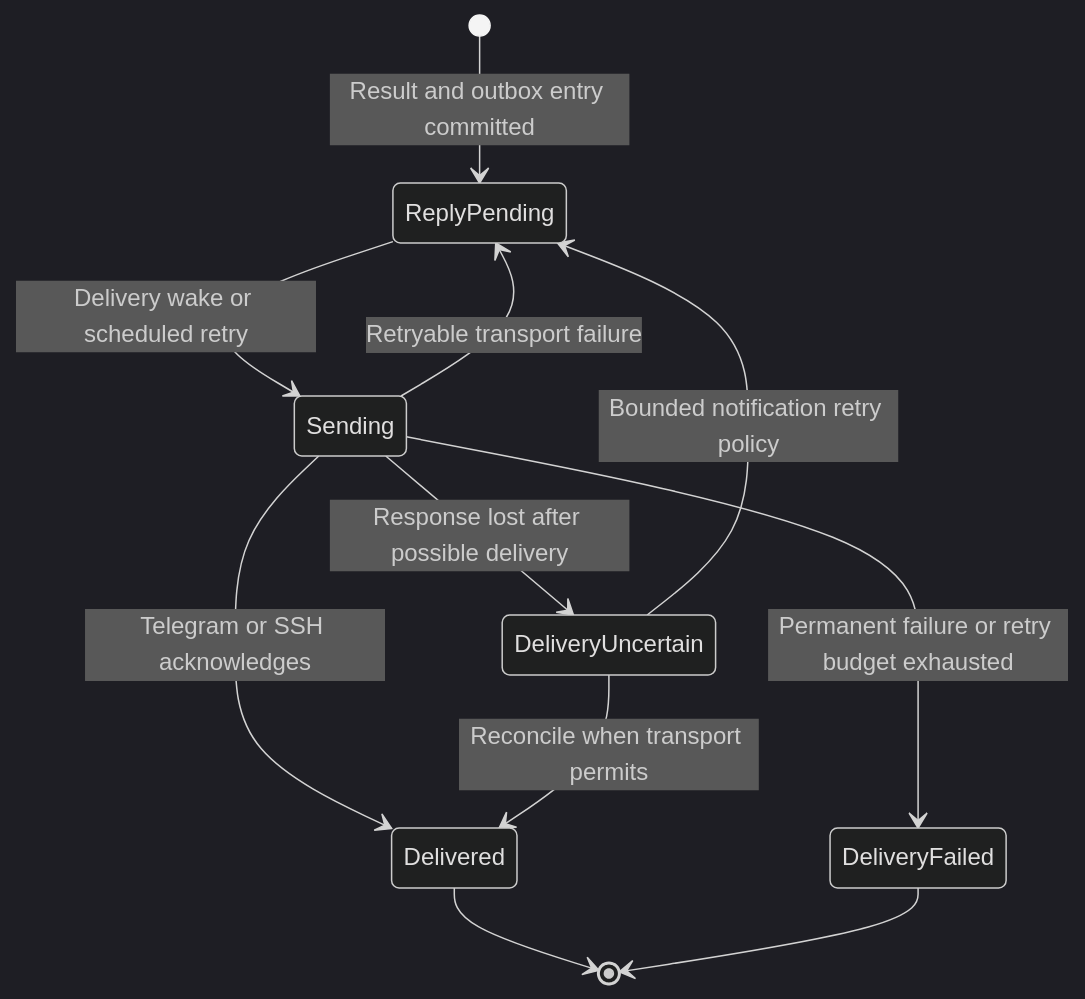
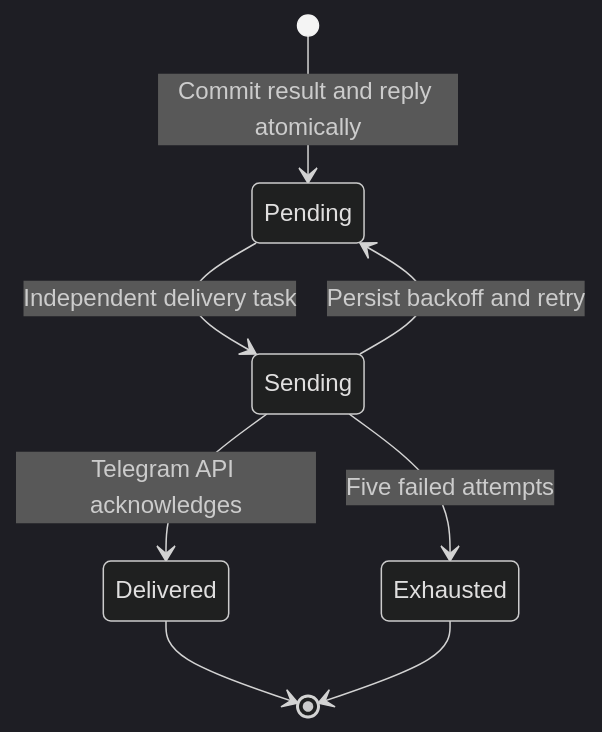
One commit to cnberry/home-agent changed the fourth of 4 diagrams in docs/architecture/qwen-routing.md. Above: the diagram before and after it, drawn with Mermaid (dark theme). The commit also changed other lines of this file and 13 other files, not shown here.

````diff
--- a/docs/architecture/qwen-routing.md
+++ b/docs/architecture/qwen-routing.md
@@ -271,13 +163,10 @@
 ```mermaid
 stateDiagram-v2
-    [*] --> ReplyPending: Result and outbox entry committed
-    ReplyPending --> Sending: Delivery wake or scheduled retry
-    Sending --> Delivered: Telegram or SSH acknowledges
-    Sending --> ReplyPending: Retryable transport failure
-    Sending --> DeliveryUncertain: Response lost after possible delivery
-    DeliveryUncertain --> Delivered: Reconcile when transport permits
-    DeliveryUncertain --> ReplyPending: Bounded notification retry policy
-    Sending --> DeliveryFailed: Permanent failure or retry budget exhausted
+    [*] --> Pending: Commit result and reply atomically
+    Pending --> Sending: Independent delivery task
+    Sending --> Delivered: Telegram API acknowledges
+    Sending --> Pending: Persist backoff and retry
+    Sending --> Exhausted: Five failed attempts
     Delivered --> [*]
-    DeliveryFailed --> [*]
+    Exhausted --> [*]
 ```
````
